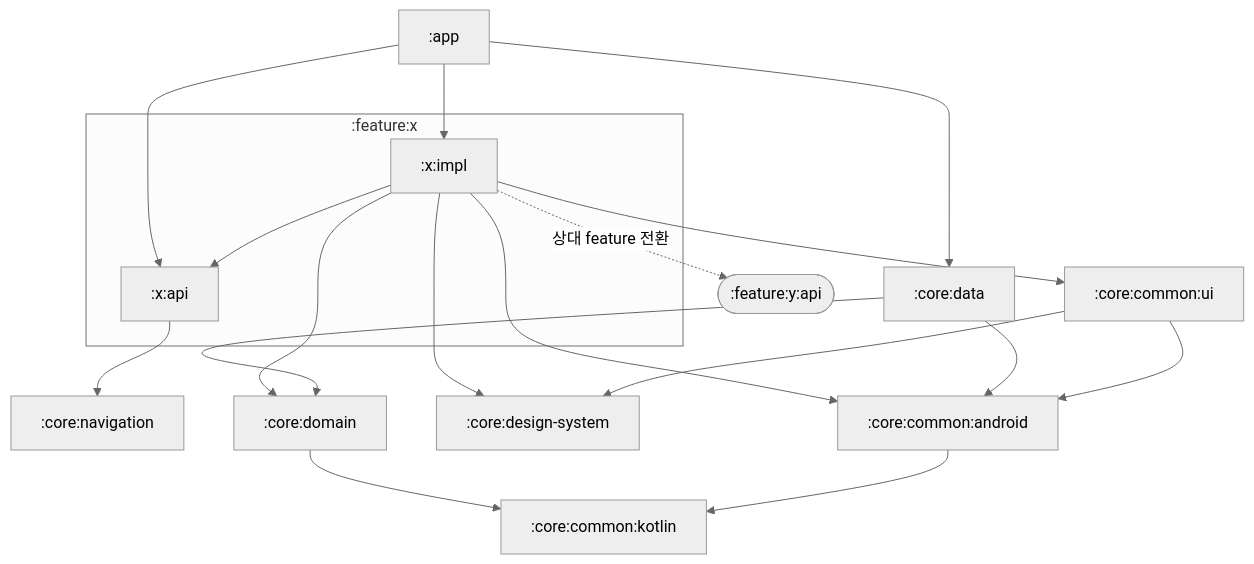
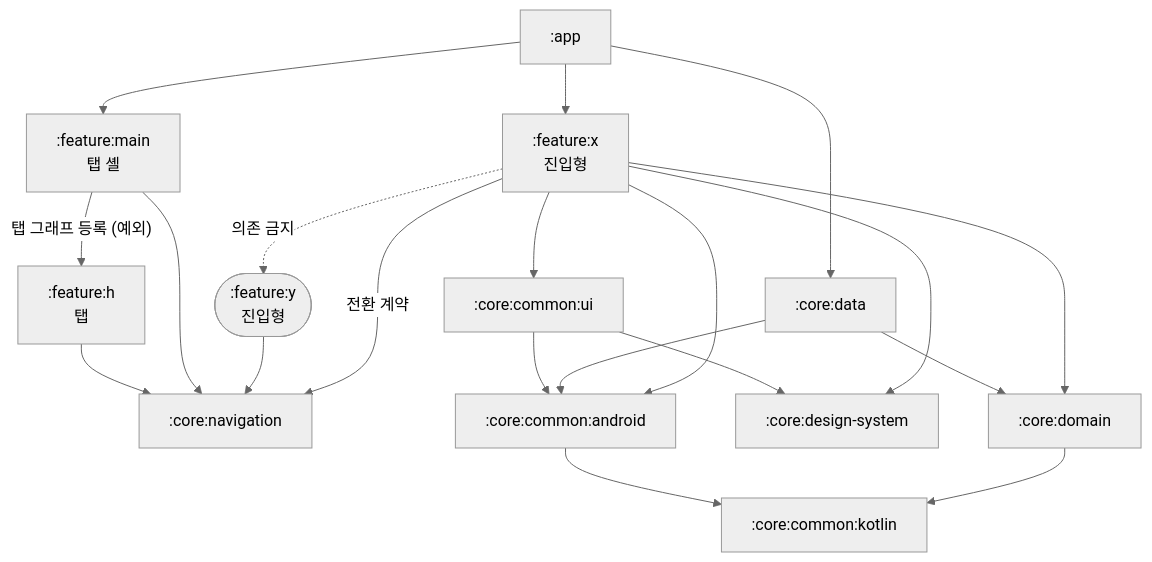
The diagram in docs/architecture/modularization.md (mash-up-kr/Team-MINO-Android), drawn with Mermaid (neutral theme) before and after one commit. The commit also changed other lines of this file and 20 other files, not shown here.

First line of the commit message:
docs: 단일 feature 모듈·탭 그래프 규약 반영

````diff
--- a/docs/architecture/modularization.md
+++ b/docs/architecture/modularization.md
@@ -84,35 +84,38 @@
 ```mermaid
 flowchart TD
     app[":app"]
-    subgraph featX[":feature:x"]
-        xImpl[":x:impl"]
-        xApi[":x:api"]
-    end
-    yApi([":feature:y:api"])
+    x[":feature:x<br/>진입형"]
+    y([":feature:y<br/>진입형"])
+    main[":feature:main<br/>탭 셸"]
+    tab[":feature:h<br/>탭"]
     nav[":core:navigation"]
     data[":core:data"]
     domain[":core:domain"]
     design[":core:design-system"]
     ui[":core:common:ui"]
     android[":core:common:android"]
     kotlin[":core:common:kotlin"]
 
-    app --> xImpl
-    app --> xApi
+    app --> x
+    app --> main
     app --> data
 
-    xImpl --> xApi
-    xImpl -. "상대 feature 전환" .-> yApi
-    xImpl --> domain
-    xImpl --> ui
-    xImpl --> design
-    xImpl --> android
-    xApi --> nav
+    main -- "탭 그래프 등록 (예외)" --> tab
+    x -- "전환 계약" --> nav
+    y --> nav
+    main --> nav
+    tab --> nav
+    x -. "의존 금지" .-> y
+
+    x --> domain
+    x --> ui
+    x --> design
+    x --> android
 
     data --> domain
     data --> android
     ui --> design
     ui --> android
     domain --> kotlin
     android --> kotlin
 ```
````
